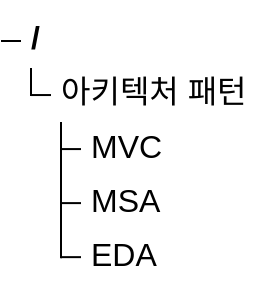
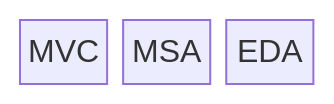
One commit to agnusdei1207/knowledge-base changed the first of 2 diagrams in src/content/docs/notes/03-software/038_architecture_patterns.md. Above: the diagram before and after it, drawn with Mermaid. The commit also changed other lines of this file and 493 other files, not shown here.

````diff
--- a/src/content/docs/notes/03-software/038_architecture_patterns.md
+++ b/src/content/docs/notes/03-software/038_architecture_patterns.md
@@ -70,7 +70,5 @@
 ```mermaid
-treeView-beta
-  "아키텍처 패턴"
-    "MVC"
-    "MSA"
-    "EDA"
+block-beta
+  columns 3
+  M["MVC"] S["MSA"] E["EDA"]
 ```
````
